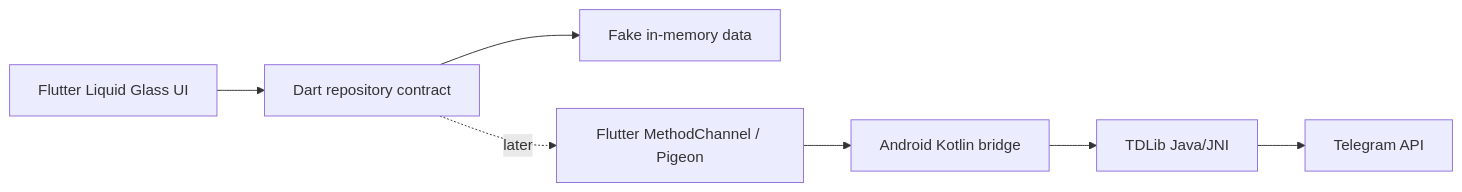
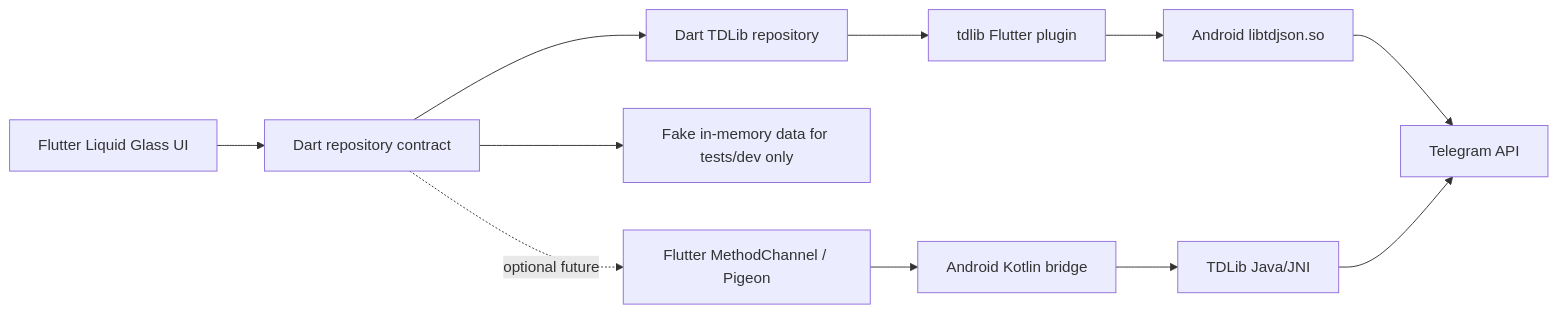
Before and after one commit to sing0626/SingGram: the diagram in docs/architecture.md, drawn with Mermaid. The commit also changed other lines of this file and 11 other files, not shown here.

Commit message:
Implement real TDLib login flow

````diff
--- a/docs/architecture.md
+++ b/docs/architecture.md
@@ -5,9 +5,13 @@
 ```mermaid
 flowchart LR
   UI["Flutter Liquid Glass UI"] --> DartRepo["Dart repository contract"]
-  DartRepo --> Fake["Fake in-memory data"]
-  DartRepo -. later .-> Channel["Flutter MethodChannel / Pigeon"]
+  DartRepo --> TDLibDart["Dart TDLib repository"]
+  TDLibDart --> TDPlugin["tdlib Flutter plugin"]
+  TDPlugin --> TDJson["Android libtdjson.so"]
+  DartRepo --> Fake["Fake in-memory data for tests/dev only"]
+  DartRepo -. optional future .-> Channel["Flutter MethodChannel / Pigeon"]
   Channel --> Android["Android Kotlin bridge"]
   Android --> TDLib["TDLib Java/JNI"]
-  TDLib --> Telegram["Telegram API"]
+  TDJson --> Telegram["Telegram API"]
+  TDLib --> Telegram
 ```
````
